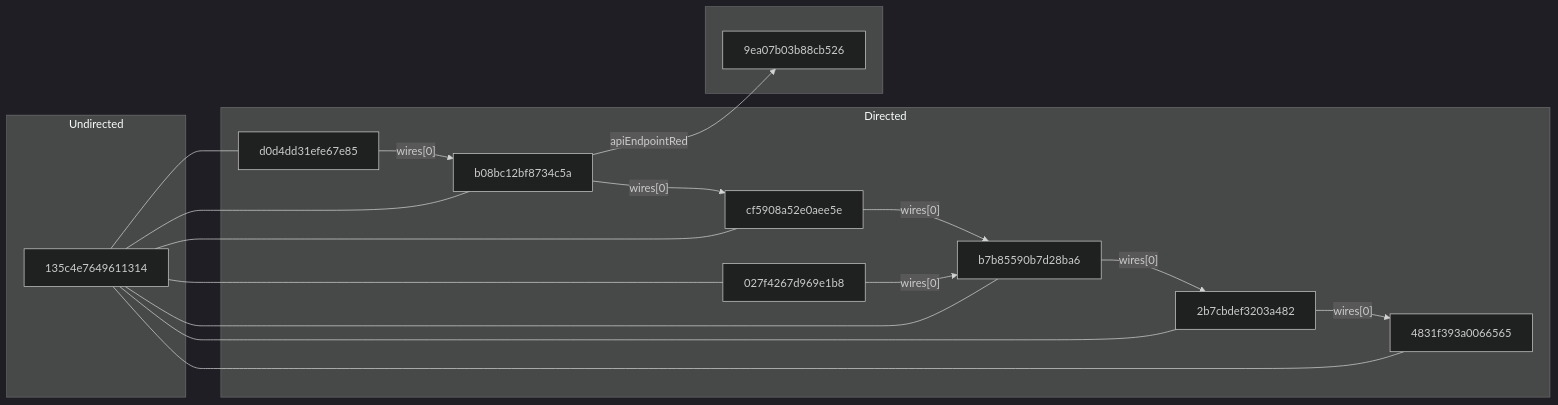
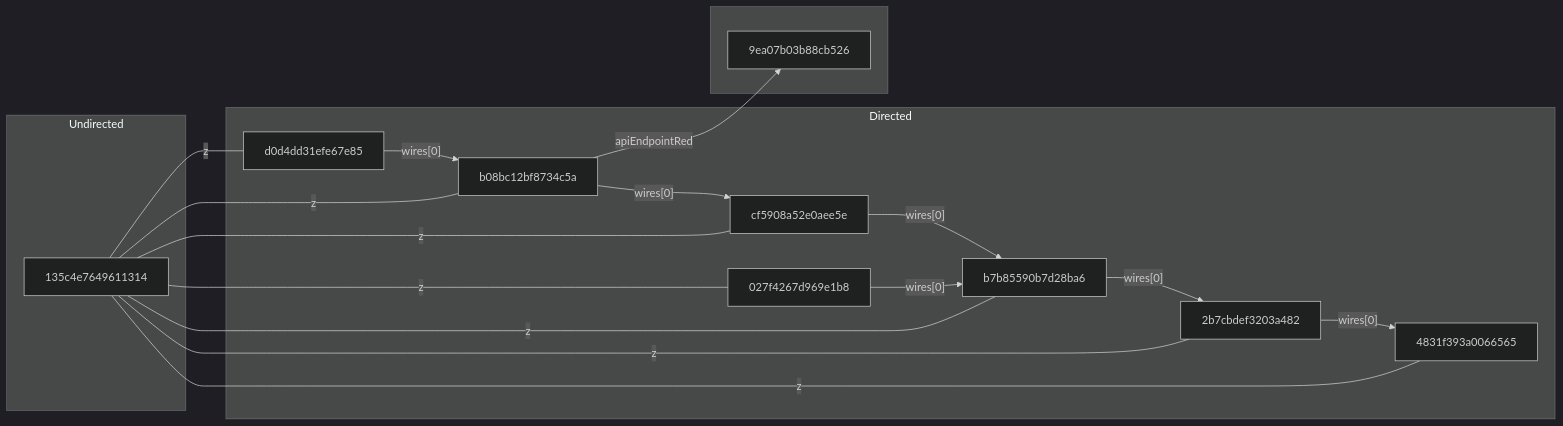
The second of 2 diagrams in Request.md (Chang-Yo/JSON-Extractor), drawn with Mermaid (dark theme) before and after one commit. The commit also changed other lines of this file and 55 other files, not shown here.

````diff
--- a/Request.md
+++ b/Request.md
@@ -260,38 +260,38 @@
 ```mermaid
 graph LR
     A[d0d4dd31efe67e85]
     B[b08bc12bf8734c5a]
     C[cf5908a52e0aee5e]
     D[b7b85590b7d28ba6]
     E[2b7cbdef3203a482]
     F[4831f393a0066565]
     G[135c4e7649611314]
     H[027f4267d969e1b8]
     I[9ea07b03b88cb526]
 
     subgraph  Directed
     A -- wires[0] --> B
     B -- wires[0] --> C
     C -- wires[0] --> D
     H -- wires[0] --> D
     D -- wires[0] --> E
     E -- wires[0] --> F
 
     end
 
     subgraph  Undirected
-    G --- A 
-    G --- B
-    G --- C
-    G --- H
-    G --- D
-    G --- E
-    G --- F
+    G -- z --- A 
+    G -- z --- B
+    G -- z --- C
+    G -- z --- H
+    G -- z --- D
+    G -- z --- E
+    G -- z --- F
     end
 
     subgraph  
     B -- apiEndpointRed --> I
     end
     
 
 ```
````
